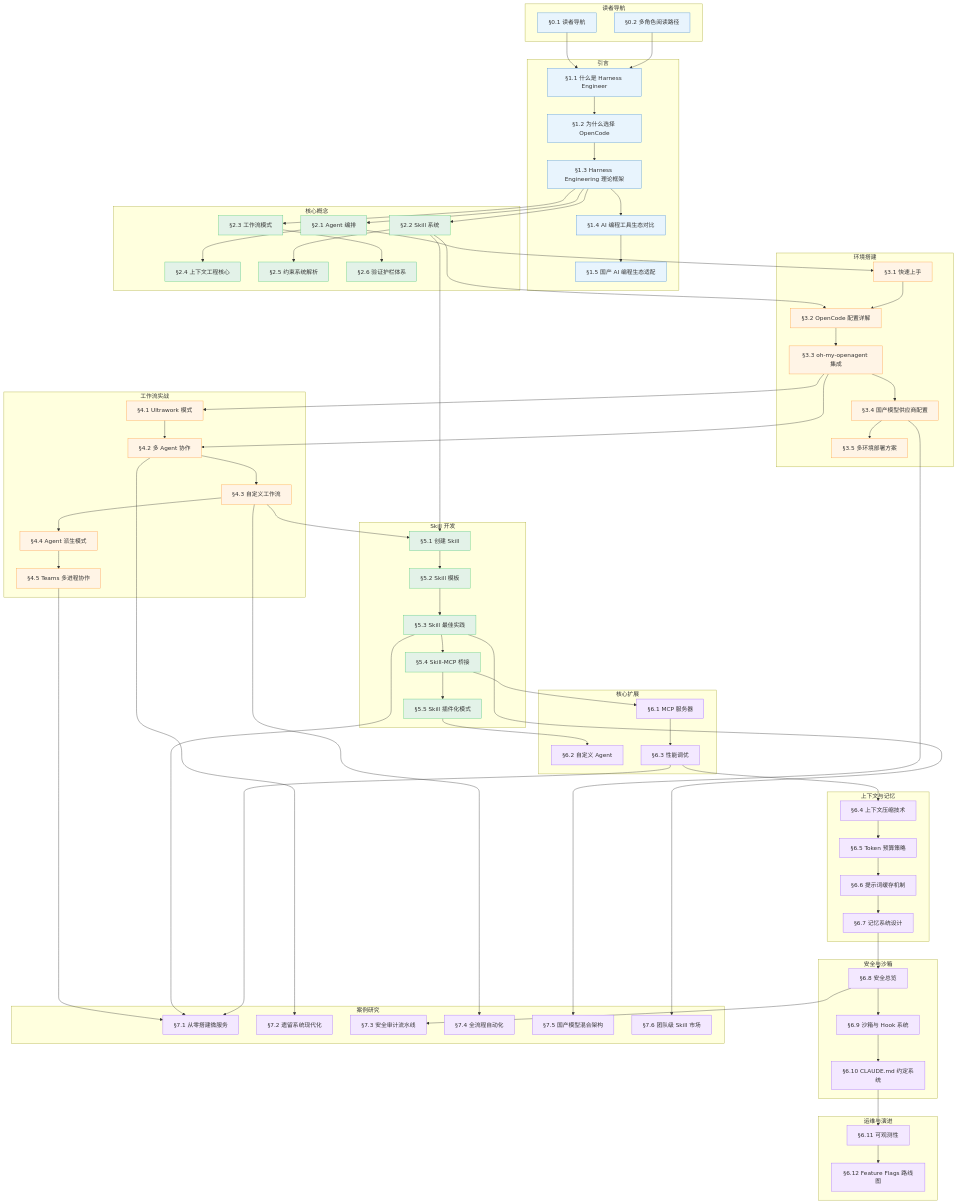
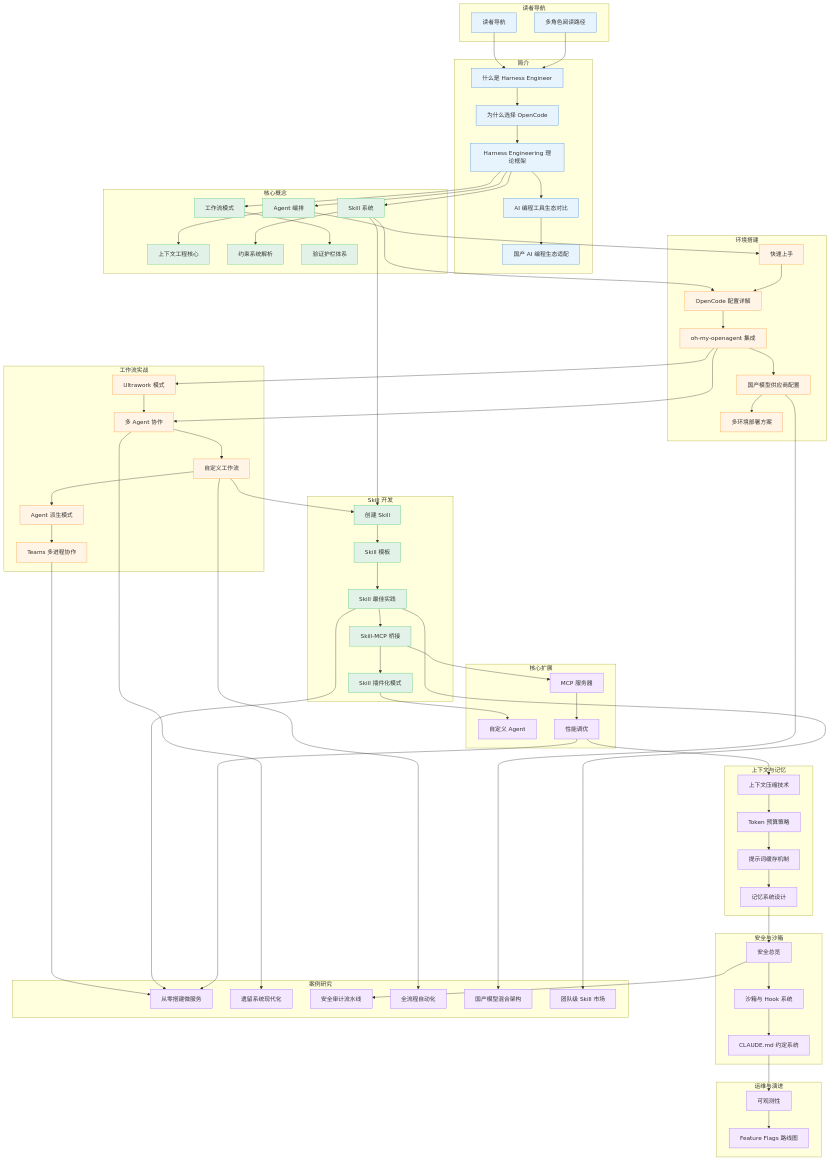
Before and after one commit to tonydeng/harness-engineering-from-oc-to-ai-coding: the second of 3 diagrams in src/00-guide/reading-paths.md, drawn with Mermaid. The commit also changed other lines of this file and 76 other files, not shown here.

````diff
--- a/src/00-guide/reading-paths.md
+++ b/src/00-guide/reading-paths.md
@@ -88,95 +223,95 @@
 ```mermaid
 graph TB
     subgraph Ch0["读者导航"]
-        G0_1["§0.1 读者导航"]
-        G0_2["§0.2 多角色阅读路径"]
+        G0_1["读者导航"]
+        G0_2["多角色阅读路径"]
     end
 
-    subgraph Ch1["引言"]
-        G1_1["§1.1 什么是 Harness Engineer"]
-        G1_2["§1.2 为什么选择 OpenCode"]
-        G1_3["§1.3 Harness Engineering 理论框架"]
-        G1_4["§1.4 AI 编程工具生态对比"]
-        G1_5["§1.5 国产 AI 编程生态适配"]
+    subgraph Ch1["简介"]
+        G1_1["什么是 Harness Engineer"]
+        G1_2["为什么选择 OpenCode"]
+        G1_3["Harness Engineering 理论框架"]
+        G1_4["AI 编程工具生态对比"]
+        G1_5["国产 AI 编程生态适配"]
     end
 
     subgraph Ch2["核心概念"]
-        G2_1["§2.1 Agent 编排"]
-        G2_2["§2.2 Skill 系统"]
-        G2_3["§2.3 工作流模式"]
-        G2_4["§2.4 上下文工程核心"]
-        G2_5["§2.5 约束系统解析"]
-        G2_6["§2.6 验证护栏体系"]
+        G2_1["Agent 编排"]
+        G2_2["Skill 系统"]
+        G2_3["工作流模式"]
+        G2_4["上下文工程核心"]
+        G2_5["约束系统解析"]
+        G2_6["验证护栏体系"]
     end
 
     subgraph Ch3["环境搭建"]
-        G3_1["§3.1 快速上手"]
-        G3_2["§3.2 OpenCode 配置详解"]
-        G3_3["§3.3 oh-my-openagent 集成"]
-        G3_4["§3.4 国产模型供应商配置"]
-        G3_5["§3.5 多环境部署方案"]
+        G3_1["快速上手"]
+        G3_2["OpenCode 配置详解"]
+        G3_3["oh-my-openagent 集成"]
+        G3_4["国产模型供应商配置"]
+        G3_5["多环境部署方案"]
     end
 
     subgraph Ch4["工作流实战"]
-        G4_1["§4.1 Ultrawork 模式"]
-        G4_2["§4.2 多 Agent 协作"]
-        G4_3["§4.3 自定义工作流"]
-        G4_4["§4.4 Agent 派生模式"]
-        G4_5["§4.5 Teams 多进程协作"]
+        G4_1["Ultrawork 模式"]
+        G4_2["多 Agent 协作"]
+        G4_3["自定义工作流"]
+        G4_4["Agent 派生模式"]
+        G4_5["Teams 多进程协作"]
     end
 
     subgraph Ch5["Skill 开发"]
-        G5_1["§5.1 创建 Skill"]
-        G5_2["§5.2 Skill 模板"]
-        G5_3["§5.3 Skill 最佳实践"]
-        G5_4["§5.4 Skill-MCP 桥接"]
-        G5_5["§5.5 Skill 插件化模式"]
+        G5_1["创建 Skill"]
+        G5_2["Skill 模板"]
+        G5_3["Skill 最佳实践"]
+        G5_4["Skill-MCP 桥接"]
+        G5_5["Skill 插件化模式"]
     end
 
     subgraph Ch6A["核心扩展"]
-        G6_1["§6.1 MCP 服务器"]
-        G6_2["§6.2 自定义 Agent"]
-        G6_3["§6.3 性能调优"]
+        G6_1["MCP 服务器"]
+        G6_2["自定义 Agent"]
+        G6_3["性能调优"]
     end
 
     subgraph Ch6B["上下文与记忆"]
-        G6_4["§6.4 上下文压缩技术"]
-        G6_5["§6.5 Token 预算策略"]
-        G6_6["§6.6 提示词缓存机制"]
-        G6_7["§6.7 记忆系统设计"]
+        G6_4["上下文压缩技术"]
+        G6_5["Token 预算策略"]
+        G6_6["提示词缓存机制"]
+        G6_7["记忆系统设计"]
     end
 
     subgraph Ch6C["安全与沙箱"]
-        G6_8["§6.8 安全总览"]
-        G6_9["§6.9 沙箱与 Hook 系统"]
-        G6_10["§6.10 CLAUDE.md 约定系统"]
+        G6_8["安全总览"]
+        G6_9["沙箱与 Hook 系统"]
+        G6_10["CLAUDE.md 约定系统"]
     end
 
     subgraph Ch6D["运维与演进"]
-        G6_11["§6.11 可观测性"]
-        G6_12["§6.12 Feature Flags 路线图"]
+        G6_11["可观测性"]
+        G6_12["Feature Flags 路线图"]
     end
 
     subgraph Ch7["案例研究"]
-        G7_1["§7.1 从零搭建微服务"]
-        G7_2["§7.2 遗留系统现代化"]
-        G7_3["§7.3 安全审计流水线"]
-        G7_4["§7.4 全流程自动化"]
-        G7_5["§7.5 国产模型混合架构"]
-        G7_6["§7.6 团队级 Skill 市场"]
+        G7_1["从零搭建微服务"]
+        G7_2["遗留系统现代化"]
+        G7_3["安全审计流水线"]
+        G7_4["全流程自动化"]
+        G7_5["国产模型混合架构"]
+        G7_6["团队级 Skill 市场"]
     end
 
-    %% 读者导航 -> 引言
+    %% 读者导航 -> 简介
     G0_1 --> G1_1
     G0_2 --> G1_1
 
-    %% 引言 内部依赖
+    %% 简介 内部依赖
     G1_1 --> G1_2
     G1_2 --> G1_3
     G1_3 --> G1_4
     G1_4 --> G1_5
 
-    %% 引言 -> 核心概念
+    %% 简介 -> 核心概念
     G1_3 --> G2_1
     G1_3 --> G2_2
     G1_3 --> G2_3
````
